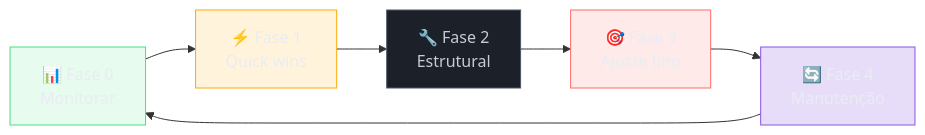
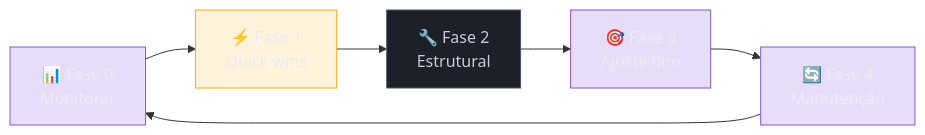
Before and after one commit to josenaldo/codex-technomanticus: the diagram in 03-Dominios/Tecnologia/IA/Economia de Tokens/18 - Playbook de economia — checklist completo.md, drawn with Mermaid. The commit also changed 601 other files, not shown here.

````diff
--- a/03-Dominios/Tecnologia/IA/Economia de Tokens/18 - Playbook de economia — checklist completo.md
+++ b/03-Dominios/Tecnologia/IA/Economia de Tokens/18 - Playbook de economia — checklist completo.md
@@ -30,19 +30,17 @@
 ```mermaid
 flowchart LR
-    classDef ok fill:#4ADE8021,stroke:#4ADE80,color:#E9ECF2
     classDef destaque fill:#FFAA0024,stroke:#FFAA00,color:#E9ECF2
     classDef neutro fill:#1B2029,stroke:#4E5666,color:#C6CCD8
-    classDef falha fill:#FF6B6B24,stroke:#FF6B6B,color:#E9ECF2
     classDef marca fill:#8855DF33,stroke:#8855DF,color:#E9ECF2
     A["📊 Fase 0\nMonitorar"] --> B["⚡ Fase 1\nQuick wins"]
     B --> C["🔧 Fase 2\nEstrutural"]
     C --> D["🎯 Fase 3\nAjuste fino"]
     D --> E["🔄 Fase 4\nManutenção"]
     E --> A
 
-    class A ok
+    class A marca
     class B destaque
     class C neutro
-    class D falha
+    class D marca
     class E marca
 ```
````
